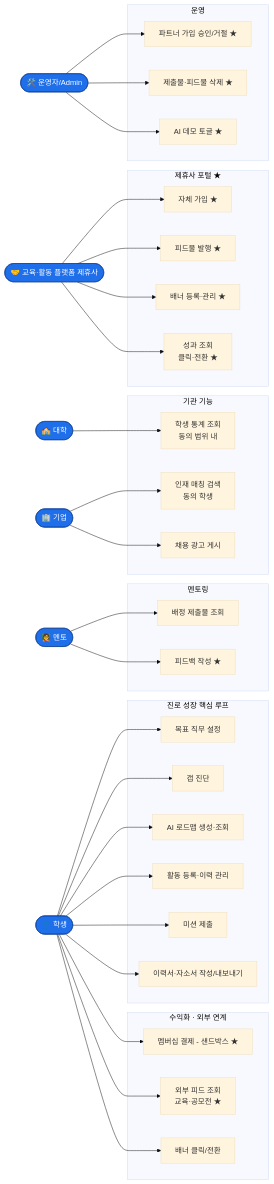
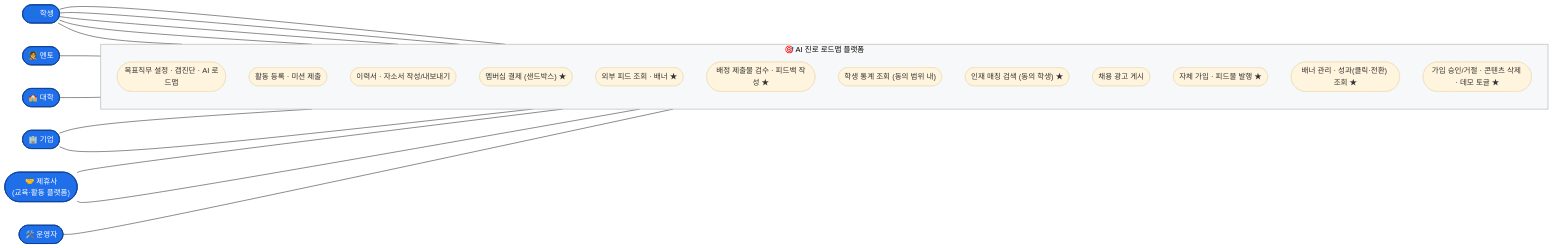
Before and after one commit to hsg9013/AI-career-roadmap: the first of 7 diagrams in docs/presentation-diagrams.md, drawn with Mermaid (base theme). The commit also changed other lines of this file and 26 other files, not shown here.

First line of the commit message:
docs(005): 발표 다이어그램 재구성 — 목적별 표현(관계/상태전이/구조)

````diff
--- a/docs/presentation-diagrams.md
+++ b/docs/presentation-diagrams.md
@@ -13,57 +17,41 @@
 ```mermaid
 flowchart LR
-  학생([👤 학생]):::actor
-  멘토([🧑‍🏫 멘토]):::actor
-  대학([🏫 대학]):::actor
-  기업([🏢 기업]):::actor
-  제휴사([🤝 교육·활동 플랫폼 제휴사]):::actor
-  운영자([🛠️ 운영자/Admin]):::actor
+  학생(["👤 학생"]):::actor
+  멘토(["🧑‍🏫 멘토"]):::actor
+  대학(["🏫 대학"]):::actor
+  기업(["🏢 기업"]):::actor
+  제휴사(["🤝 제휴사<br/>(교육·활동 플랫폼)"]):::actor
+  운영자(["🛠️ 운영자"]):::actor
 
-  subgraph 진로성장["진로 성장 핵심 루프"]
-    UC1[목표 직무 설정]
-    UC2[갭 진단]
-    UC3[AI 로드맵 생성·조회]
-    UC4[활동 등록·이력 관리]
-    UC5[미션 제출]
-    UC6[이력서·자소서 작성/내보내기]
+  subgraph SYS["🎯 AI 진로 로드맵 플랫폼"]
+    direction TB
+    U1(["목표직무 설정 · 갭진단 · AI 로드맵"])
+    U2(["활동 등록 · 미션 제출"])
+    U3(["이력서 · 자소서 작성/내보내기"])
+    U4(["멤버십 결제 (샌드박스) ★"])
+    U5(["외부 피드 조회 · 배너 ★"])
+    M1(["배정 제출물 검수 · 피드백 작성 ★"])
+    G1(["학생 통계 조회 (동의 범위 내)"])
+    E1(["인재 매칭 검색 (동의 학생) ★"])
+    E2(["채용 광고 게시"])
+    P1(["자체 가입 · 피드물 발행 ★"])
+    P2(["배너 관리 · 성과(클릭·전환) 조회 ★"])
+    A1(["가입 승인/거절 · 콘텐츠 삭제 · 데모 토글 ★"])
   end
 
-  subgraph 멘토링["멘토링"]
-    UC7[배정 제출물 조회]
-    UC8[피드백 작성 ★]
-  end
+  학생 --- U1
+  학생 --- U2
+  학생 --- U3
+  학생 --- U4
+  학생 --- U5
+  멘토 --- M1
+  대학 --- G1
+  기업 --- E1
+  기업 --- E2
+  제휴사 --- P1
+  제휴사 --- P2
+  운영자 --- A1
 
-  subgraph 수익화["수익화 · 외부 연계"]
-    UC9[멤버십 결제 - 샌드박스 ★]
-    UC10[외부 피드 조회<br/>교육·공모전 ★]
-    UC11[배너 클릭/전환]
-  end
-
-  subgraph 기관["기관 기능"]
-    UC12[학생 통계 조회<br/>동의 범위 내]
-    UC13[인재 매칭 검색<br/>동의 학생]
-    UC14[채용 광고 게시]
-  end
-
-  subgraph 제휴포털["제휴사 포털 ★"]
-    UC15[자체 가입 ★]
-    UC16[피드물 발행 ★]
-    UC17[배너 등록·관리 ★]
-    UC18[성과 조회<br/>클릭·전환 ★]
-  end
-
-  subgraph 관리["운영"]
-    UC19[파트너 가입 승인/거절 ★]
-    UC20[제출물·피드물 삭제 ★]
-    UC21[AI 데모 토글 ★]
-  end
-
-  학생 --> UC1 & UC2 & UC3 & UC4 & UC5 & UC6 & UC9 & UC10 & UC11
-  멘토 --> UC7 & UC8
-  대학 --> UC12
-  기업 --> UC13 & UC14
-  제휴사 --> UC15 & UC16 & UC17 & UC18
-  운영자 --> UC19 & UC20 & UC21
-
-  classDef actor fill:#1f6feb,color:#fff,stroke:#0b3d91,stroke-width:1px;
+  classDef actor fill:#1f6feb,color:#fff,stroke:#0b3d91,stroke-width:1.5px;
+  style SYS fill:#f6f8fa,stroke:#bbb,stroke-width:1.5px;
 ```
````
